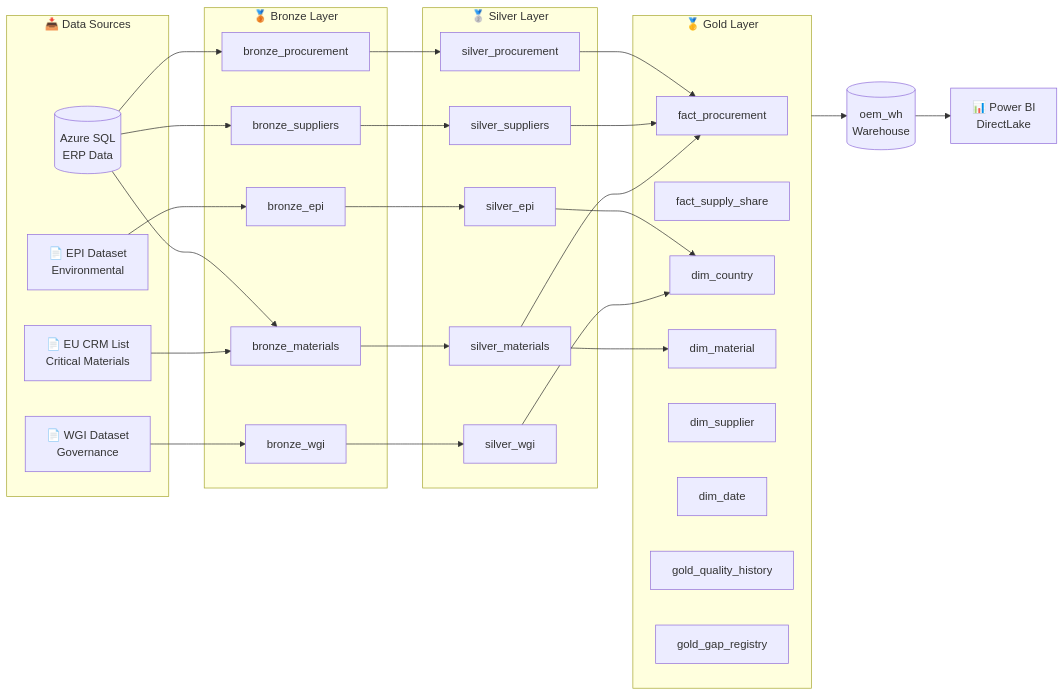
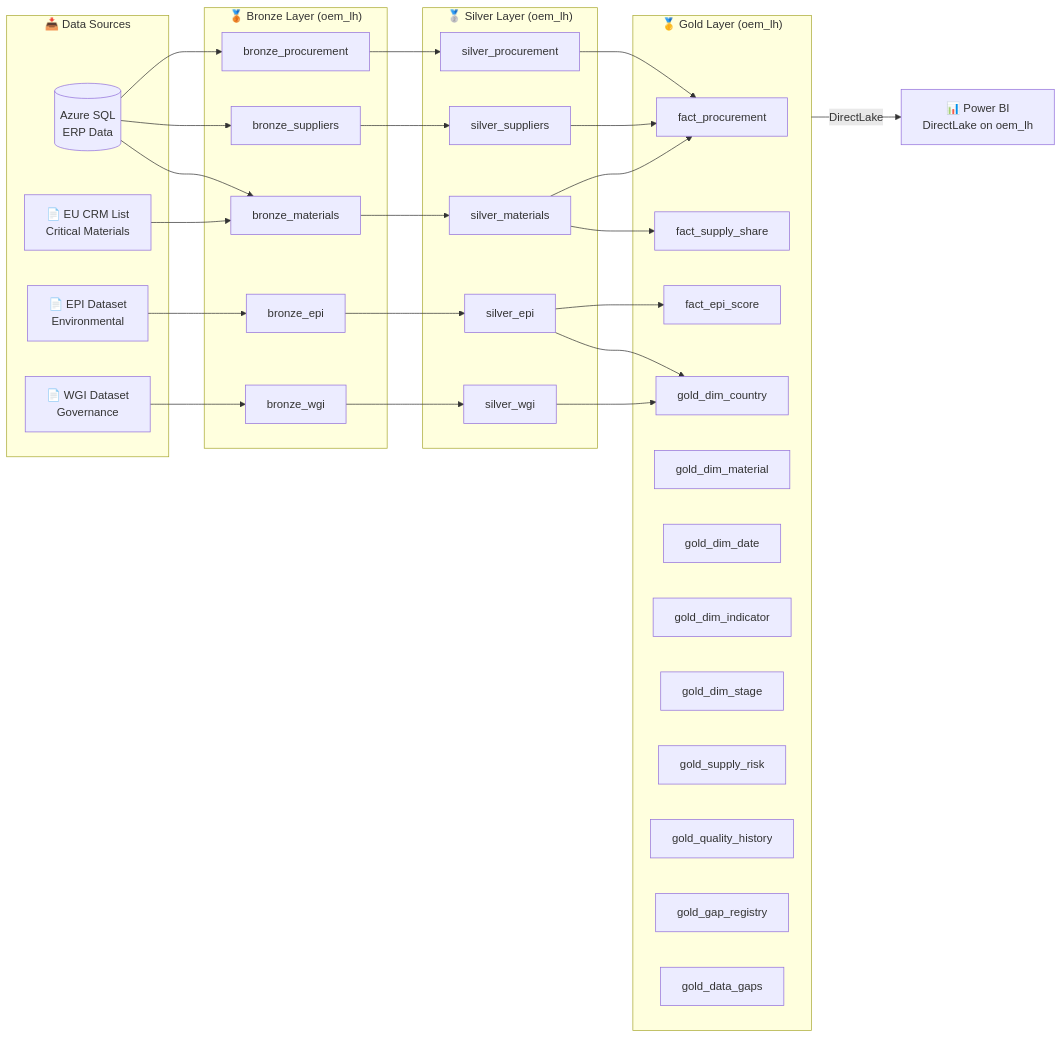
One commit to erikemilsson/OEMMatInsightBI changed the diagram in README.md. Above: the diagram before and after it, drawn with Mermaid. The commit also changed other lines of this file and 1 other file, not shown here.

````diff
--- a/README.md
+++ b/README.md
@@ -56,54 +75,58 @@
 ```mermaid
 flowchart LR
     subgraph Sources["📥 Data Sources"]
         AZ[(Azure SQL<br/>ERP Data)]
         EPI[📄 EPI Dataset<br/>Environmental]
         WGI[📄 WGI Dataset<br/>Governance]
         CRM[📄 EU CRM List<br/>Critical Materials]
     end
 
-    subgraph Bronze["🥉 Bronze Layer"]
+    subgraph Bronze["🥉 Bronze Layer (oem_lh)"]
         B1[bronze_procurement]
         B2[bronze_suppliers]
         B3[bronze_materials]
         B4[bronze_epi]
         B5[bronze_wgi]
     end
 
-    subgraph Silver["🥈 Silver Layer"]
+    subgraph Silver["🥈 Silver Layer (oem_lh)"]
         S1[silver_procurement]
         S2[silver_suppliers]
         S3[silver_materials]
         S4[silver_epi]
         S5[silver_wgi]
     end
 
-    subgraph Gold["🥇 Gold Layer"]
+    subgraph Gold["🥇 Gold Layer (oem_lh)"]
         F1[fact_procurement]
         F2[fact_supply_share]
-        D1[dim_country]
-        D2[dim_material]
-        D3[dim_supplier]
-        D4[dim_date]
+        F3[fact_epi_score]
+        D1[gold_dim_country]
+        D2[gold_dim_material]
+        D3[gold_dim_date]
+        D4[gold_dim_indicator]
+        D5[gold_dim_stage]
+        SR[gold_supply_risk]
         QH[gold_quality_history]
         GR[gold_gap_registry]
+        DG[gold_data_gaps]
     end
 
     AZ --> B1 & B2 & B3
     EPI --> B4
     WGI --> B5
     CRM --> B3
 
     B1 --> S1
     B2 --> S2
     B3 --> S3
     B4 --> S4
     B5 --> S5
 
     S1 & S2 & S3 --> F1
+    S3 --> F2
     S4 & S5 --> D1
-    S3 --> D2
+    S4 --> F3
 
-    Gold --> WH[(oem_wh<br/>Warehouse)]
-    WH --> PBI[📊 Power BI<br/>DirectLake]
+    Gold -->|DirectLake| PBI[📊 Power BI<br/>DirectLake on oem_lh]
 ```
````
